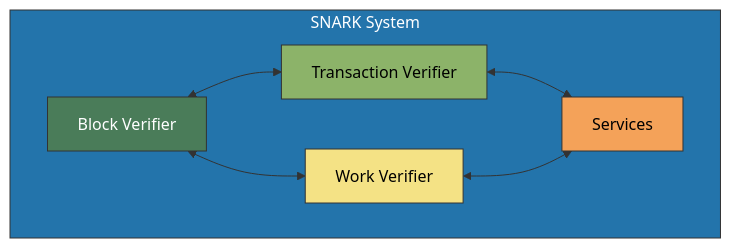
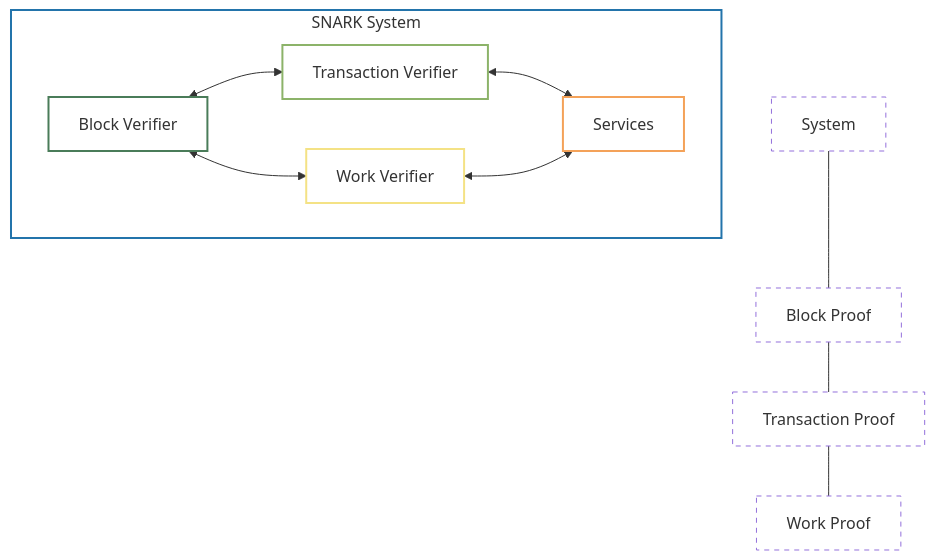
The diagram in llm-docs/components/snark/README.md (openmina/openmina), drawn with Mermaid before and after one commit. The commit also changed other lines of this file and 7 other files, not shown here.

Commit message:
Updated Diagrams

````diff
--- a/llm-docs/components/snark/README.md
+++ b/llm-docs/components/snark/README.md
@@ -7,21 +7,26 @@
 ```mermaid
 graph TD
     subgraph SNARK["SNARK System"]
         BlockVerifier["Block Verifier"] <--> TransactionVerifier["Transaction Verifier"]
         BlockVerifier <--> WorkVerifier["Work Verifier"]
         TransactionVerifier <--> Services["Services"]
         WorkVerifier <--> Services
     end
 
-    classDef snarkClass fill:#2374ab,stroke:#333,stroke-width:1px,color:white;
-    classDef blockClass fill:#4a7c59,stroke:#333,stroke-width:1px,color:white;
-    classDef txClass fill:#8cb369,stroke:#333,stroke-width:1px,color:black;
-    classDef workClass fill:#f4e285,stroke:#333,stroke-width:1px,color:black;
-    classDef serviceClass fill:#f4a259,stroke:#333,stroke-width:1px,color:black;
+    %% Legend
+    L1["System"] --- L2["Block Proof"] --- L3["Transaction Proof"] --- L4["Work Proof"]
+
+    classDef snarkClass stroke:#2374ab,stroke-width:2px,fill:none;
+    classDef blockClass stroke:#4a7c59,stroke-width:2px,fill:none;
+    classDef txClass stroke:#8cb369,stroke-width:2px,fill:none;
+    classDef workClass stroke:#f4e285,stroke-width:2px,fill:none;
+    classDef serviceClass stroke:#f4a259,stroke-width:2px,fill:none;
+    classDef legend stroke-dasharray: 5 5, fill:none;
 
     class SNARK snarkClass;
     class BlockVerifier blockClass;
     class TransactionVerifier txClass;
     class WorkVerifier workClass;
     class Services serviceClass;
+    class L1,L2,L3,L4 legend;
 ```
````
